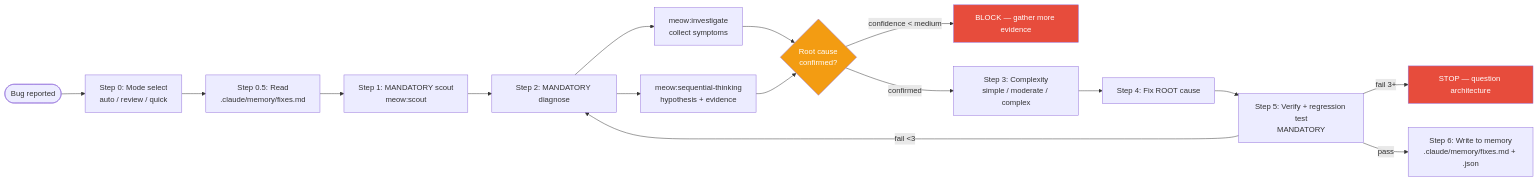
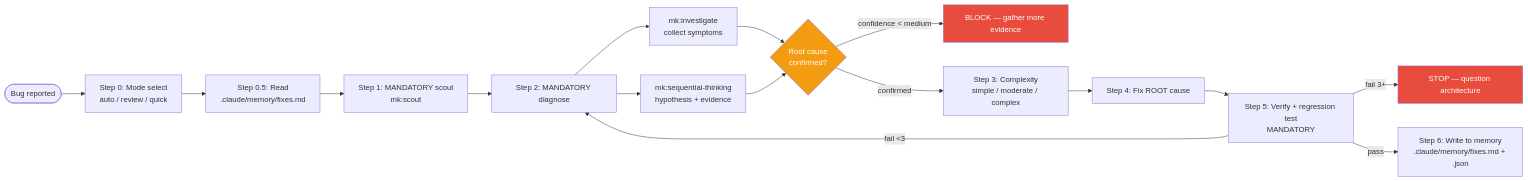
One commit to ngocsangyem/MeowKit changed the third of 7 diagrams in website/guide/debugging-skills-decision-guide.md. Above: the diagram before and after it, drawn with Mermaid. The commit also changed other lines of this file and 1235 other files, not shown here.

````diff
--- a/website/guide/debugging-skills-decision-guide.md
+++ b/website/guide/debugging-skills-decision-guide.md
@@ -90,22 +90,22 @@
 ```mermaid
 flowchart LR
     BUG([Bug reported]) --> S0[Step 0: Mode select<br/>auto / review / quick]
     S0 --> S05[Step 0.5: Read<br/>.claude/memory/fixes.md]
-    S05 --> S1[Step 1: MANDATORY scout<br/>meow:scout]
+    S05 --> S1[Step 1: MANDATORY scout<br/>mk:scout]
     S1 --> S2[Step 2: MANDATORY diagnose]
-    S2 --> INV2[meow:investigate<br/>collect symptoms]
-    S2 --> SEQ2[meow:sequential-thinking<br/>hypothesis + evidence]
+    S2 --> INV2[mk:investigate<br/>collect symptoms]
+    S2 --> SEQ2[mk:sequential-thinking<br/>hypothesis + evidence]
     INV2 --> ROOT{Root cause<br/>confirmed?}
     SEQ2 --> ROOT
     ROOT -->|"confidence < medium"| BLOCK[BLOCK — gather more evidence]
     ROOT -->|confirmed| S3[Step 3: Complexity<br/>simple / moderate / complex]
     S3 --> S4[Step 4: Fix ROOT cause]
     S4 --> S5[Step 5: Verify + regression test<br/>MANDATORY]
     S5 -->|"fail <3"| S2
     S5 -->|"fail 3+"| STOP[STOP — question architecture]
     S5 -->|pass| S6[Step 6: Write to memory<br/>.claude/memory/fixes.md + .json]
 
     style BLOCK fill:#e74c3c,color:#fff
     style STOP fill:#e74c3c,color:#fff
     style ROOT fill:#f39c12,color:#fff
 ```
````
